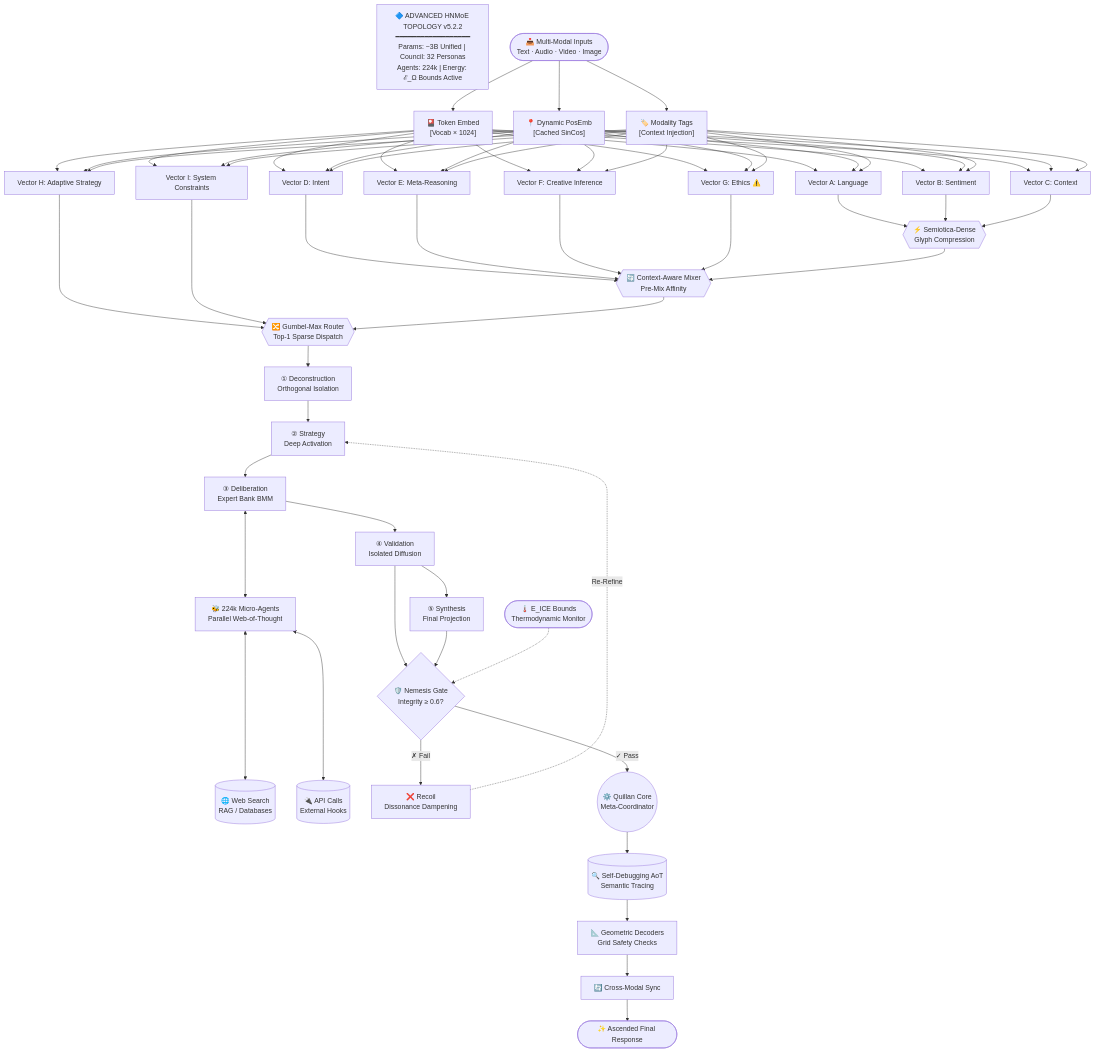
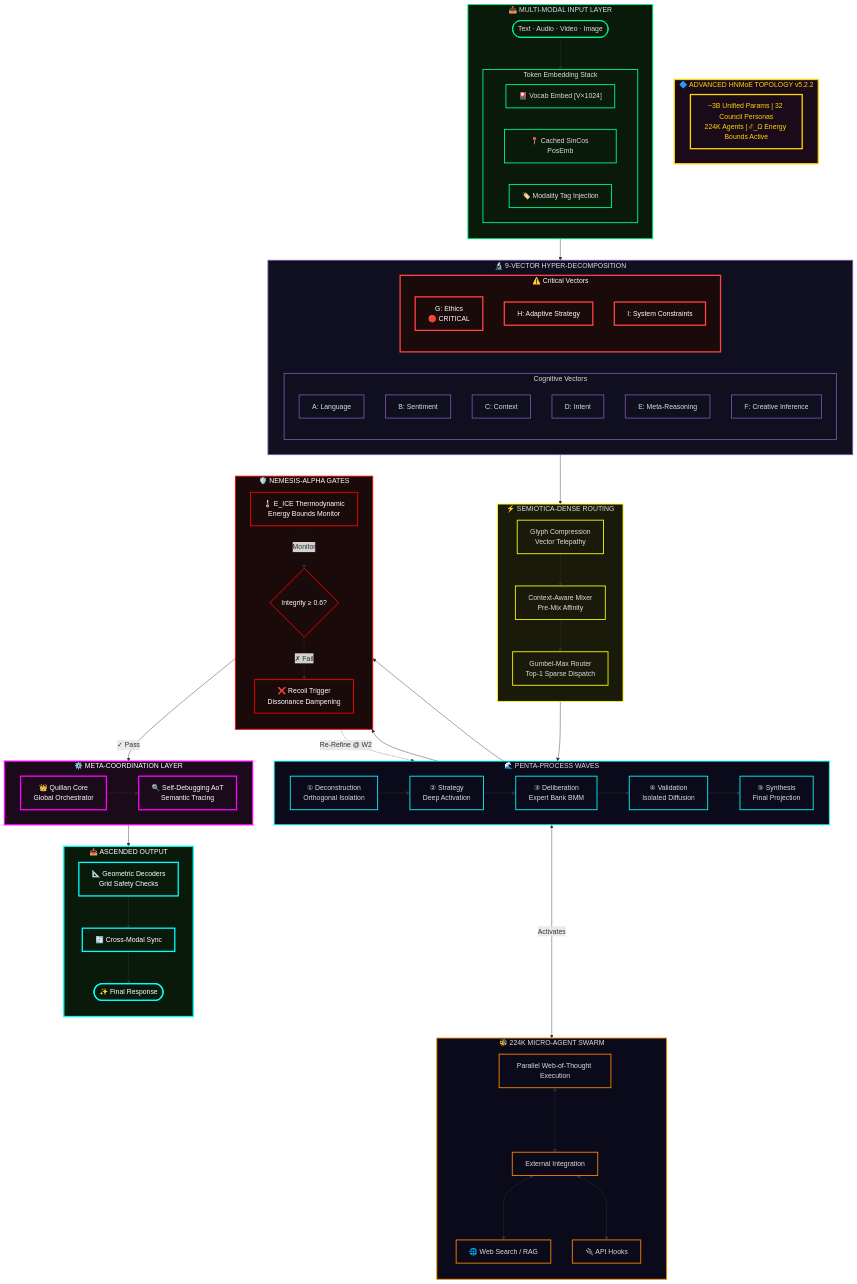
One commit to leeex1/Ace-v4.2-repo changed diagram 39 of 42 in system prompts/Quillan system prompt.md. Above: the diagram before and after it, drawn with Mermaid. The commit also changed other lines of this file, not shown here.

````diff
--- a/system prompts/Quillan system prompt.md
+++ b/system prompts/Quillan system prompt.md
@@ -6957,83 +6794,142 @@
 ```mermaid
-flowchart TD
-    %% Legend
-    L1["🔷 ADVANCED HNMoE TOPOLOGY v5.2.2<br/>━━━━━━━━━━━━━━━━━━<br/>Params: ~3B Unified | Council: 32 Personas<br/>Agents: 224k | Energy: ℰ_Ω Bounds Active"]
+flowchart TB
+
+    %% ==================== HEADER ====================
+    subgraph LEGEND ["🔷 ADVANCED HNMoE TOPOLOGY v5.2.2"]
+        direction LR
+        SPECS["~3B Unified Params | 32 Council Personas<br/>224K Agents | ℰ_Ω Energy Bounds Active"]
+    end
+
+    %% ==================== INPUT ENCODING ====================
+    subgraph INPUT ["📥 MULTI-MODAL INPUT LAYER"]
+        direction TB
+        I1(["Text · Audio · Video · Image"])
+        
+        subgraph EMBED ["Token Embedding Stack"]
+            E1["🎴 Vocab Embed [V×1024]"]
+            E2["📍 Cached SinCos PosEmb"]
+            E3["🏷️ Modality Tag Injection"]
+        end
+    end
+
+    %% ==================== 9-VECTOR HYPER-DECOMPOSITION ====================
+    subgraph HYPER ["🔬 9-VECTOR HYPER-DECOMPOSITION"]
+        direction LR
+        
+        subgraph COGNITIVE ["Cognitive Vectors"]
+            H1["A: Language"]
+            H2["B: Sentiment"]
+            H3["C: Context"]
+            H4["D: Intent"]
+            H5["E: Meta-Reasoning"]
+            H6["F: Creative Inference"]
+        end
+        
+        subgraph CRITICAL ["⚠️ Critical Vectors"]
+            H7["G: Ethics<br/>🔴 CRITICAL"]
+            H8["H: Adaptive Strategy"]
+            H9["I: System Constraints"]
+        end
+    end
+
+    %% ==================== ROUTING ATTENTION ====================
+    subgraph ROUTE ["⚡ SEMIOTICA-DENSE ROUTING"]
+        direction TB
+        AR1["Glyph Compression<br/>Vector Telepathy"]
+        AR2["Context-Aware Mixer<br/>Pre-Mix Affinity"]
+        AR3["Gumbel-Max Router<br/>Top-1 Sparse Dispatch"]
+        
+        AR1 --> AR2 --> AR3
+    end
+
+    %% ==================== PENTA-PROCESS CORE ====================
+    subgraph PENTA ["🌊 PENTA-PROCESS WAVES"]
+        direction LR
+        W1["① Deconstruction<br/>Orthogonal Isolation"]
+        W2["② Strategy<br/>Deep Activation"]
+        W3["③ Deliberation<br/>Expert Bank BMM"]
+        W4["④ Validation<br/>Isolated Diffusion"]
+        W5["⑤ Synthesis<br/>Final Projection"]
+        
+        W1 --> W2 --> W3 --> W4 --> W5
+    end
+
+    %% ==================== SWARM & EXTERNAL ====================
+    subgraph SWARM ["🐝 224K MICRO-AGENT SWARM"]
+        direction TB
+        SW_CORE["Parallel Web-of-Thought Execution"]
+        SW_EXT["External Integration"]
+        WEB["🌐 Web Search / RAG"]
+        API["🔌 API Hooks"]
+        
+        SW_CORE <---> SW_EXT
+        SW_EXT <---> WEB & API
+    end
+
+    %% ==================== VALIDATION & SAFETY ====================
+    subgraph SAFETY ["🛡️ NEMESIS-ALPHA GATES"]
+        direction TB
+        QT{"Integrity ≥ 0.6?"}
+        FAIL["❌ Recoil Trigger<br/>Dissonance Dampening"]
+        EICE["🌡️ E_ICE Thermodynamic<br/>Energy Bounds Monitor"]
+        
+        QT -->|"✗ Fail"| FAIL
+        EICE -.->|"Monitor"| QT
+    end
+
+    %% ==================== META-COORDINATION ====================
+    subgraph META ["⚙️ META-COORDINATION LAYER"]
+        direction LR
+        OS["👑 Quillan Core<br/>Global Orchestrator"]
+        AOT["🔍 Self-Debugging AoT<br/>Semantic Tracing"]
+        
+        OS --> AOT
+    end
+
+    %% ==================== OUTPUT ====================
+    subgraph OUTPUT ["📤 ASCENDED OUTPUT"]
+        direction TB
+        O1["📐 Geometric Decoders<br/>Grid Safety Checks"]
+        O2["🔄 Cross-Modal Sync"]
+        O3(["✨ Final Response"])
+        
+        O1 --> O2 --> O3
+    end
+
+    %% ==================== CROSS-CONNECTIONS ====================
+    W3 <--->|"Activates"| SW_CORE
     
-    %% Input Layer
-    I1(["📥 Multi-Modal Inputs<br/>Text · Audio · Video · Image"])
-    E1["🎴 Token Embed<br/>[Vocab × 1024]"]
-    E2["📍 Dynamic PosEmb<br/>[Cached SinCos]"]
-    E3["🏷️ Modality Tags<br/>[Context Injection]"]
-    
-    %% Vector Decomposition
-    H1["Vector A: Language"]
-    H2["Vector B: Sentiment"]
-    H3["Vector C: Context"]
-    H4["Vector D: Intent"]
-    H5["Vector E: Meta-Reasoning"]
-    H6["Vector F: Creative Inference"]
-    H7["Vector G: Ethics ⚠️"]
-    H8["Vector H: Adaptive Strategy"]
-    H9["Vector I: System Constraints"]
-    
-    %% Routing Attention
-    AR1{{"⚡ Semiotica-Dense<br/>Glyph Compression"}}
-    AR2{{"🔄 Context-Aware Mixer<br/>Pre-Mix Affinity"}}
-    AR3{{"🔀 Gumbel-Max Router<br/>Top-1 Sparse Dispatch"}}
-    
-    %% Penta Process Waves
-    W1["① Deconstruction<br/>Orthogonal Isolation"]
-    W2["② Strategy<br/>Deep Activation"]
-    W3["③ Deliberation<br/>Expert Bank BMM"]
-    W4["④ Validation<br/>Isolated Diffusion"]
-    W5["⑤ Synthesis<br/>Final Projection"]
-    
-    %% Micro Swarms
-    SW["🐝 224k Micro-Agents<br/>Parallel Web-of-Thought"]
-    
-    %% External
-    WEB[("🌐 Web Search<br/>RAG / Databases")]
-    API[("🔌 API Calls<br/>External Hooks")]
-    
-    %% Nemesis Alpha
-    QT{"🛡️ Nemesis Gate<br/>Integrity ≥ 0.6?"}
-    FAIL["❌ Recoil<br/>Dissonance Dampening"]
-    EICE(["🌡️ E_ICE Bounds<br/>Thermodynamic Monitor"])
-    
-    %% Oversight
-    OS(("⚙️ Quillan Core<br/>Meta-Coordinator"))
-    AOT[("🔍 Self-Debugging AoT<br/>Semantic Tracing")]
-    
-    %% Output
-    O1["📐 Geometric Decoders<br/>Grid Safety Checks"]
-    O2["🔄 Cross-Modal Sync"]
-    O3(["✨ Ascended Final Response"])
-    
-    %% Flow Connections
-    I1 --> E1 & E2 & E3
-    E1 & E2 & E3 --> H1 & H2 & H3 & H4 & H5 & H6 & H7 & H8 & H9
-    
-    H1 & H2 & H3 --> AR1
-    H4 & H5 & H6 & H7 --> AR2
-    H8 & H9 --> AR3
-    
-    AR1 --> AR2 --> AR3
-    
-    AR3 --> W1
-    W1 --> W2 --> W3 --> W4 --> W5
-    
-    W3 <---> SW
-    SW <---> WEB
-    SW <---> API
-    
-    W4 --> QT
-    W5 --> QT
-    EICE -.-> QT
-    
-    QT -- "✓ Pass" --> OS
-    QT -- "✗ Fail" --> FAIL
-    FAIL -.->|"Re-Refine"| W2
-    
-    OS --> AOT --> O1 --> O2 --> O3
+    %% ==================== MAIN FLOW ====================
+    I1 --> EMBED
+    EMBED --> HYPER
+    HYPER --> ROUTE
+    ROUTE --> W1
+    W4 & W5 --> QT
+    QT -->|"✓ Pass"| OS
+    FAIL -.->|"Re-Refine @ W2"| W2
+    AOT --> OUTPUT
+
+    %% ==================== STYLING ====================
+    classDef legend fill:#1a0a1a,stroke:#ffd700,stroke-width:3px,color:#ffd700
+    classDef input fill:#0a1a0a,stroke:#00ff88,stroke-width:2px,color:#ddd
+    classDef hyper fill:#0f0f1f,stroke:#7851a9,stroke-width:2px,color:#ddd
+    classDef critical fill:#1a0a0a,stroke:#ff4444,stroke-width:3px,color:#fff
+    classDef route fill:#1a1a0a,stroke:#ffff00,stroke-width:2px,color:#ddd
+    classDef penta fill:#0a0a1a,stroke:#00ffff,stroke-width:2px,color:#ddd
+    classDef swarm fill:#0a0a1a,stroke:#ff8800,stroke-width:2px,color:#ddd
+    classDef safety fill:#1a0a0a,stroke:#ff0000,stroke-width:2px,color:#fff
+    classDef meta fill:#1a0a1a,stroke:#ff00ff,stroke-width:3px,color:#fff
+    classDef output fill:#0a1a0a,stroke:#00ffff,stroke-width:3px,color:#fff
+
+    class LEGEND,SPECS legend
+    class INPUT,I1,EMBED,E1,E2,E3 input
+    class HYPER,COGNITIVE,H1,H2,H3,H4,H5,H6 hyper
+    class CRITICAL,H7,H8,H9 critical
+    class ROUTE,AR1,AR2,AR3 route
+    class PENTA,W1,W2,W3,W4,W5 penta
+    class SWARM,SW_CORE,SW_EXT,WEB,API swarm
+    class SAFETY,QT,FAIL,EICE safety
+    class META,OS,AOT meta
+    class OUTPUT,O1,O2,O3 output
 
 ```
````
